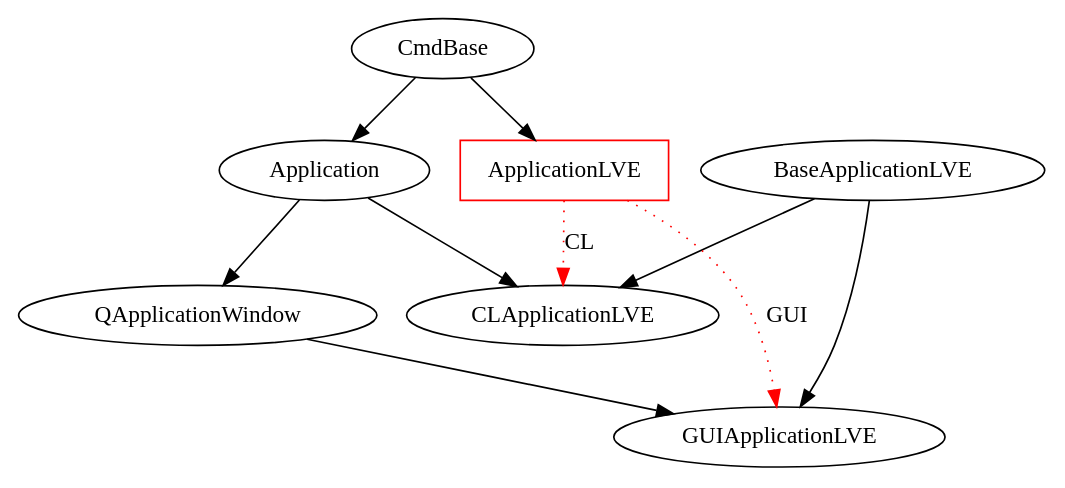
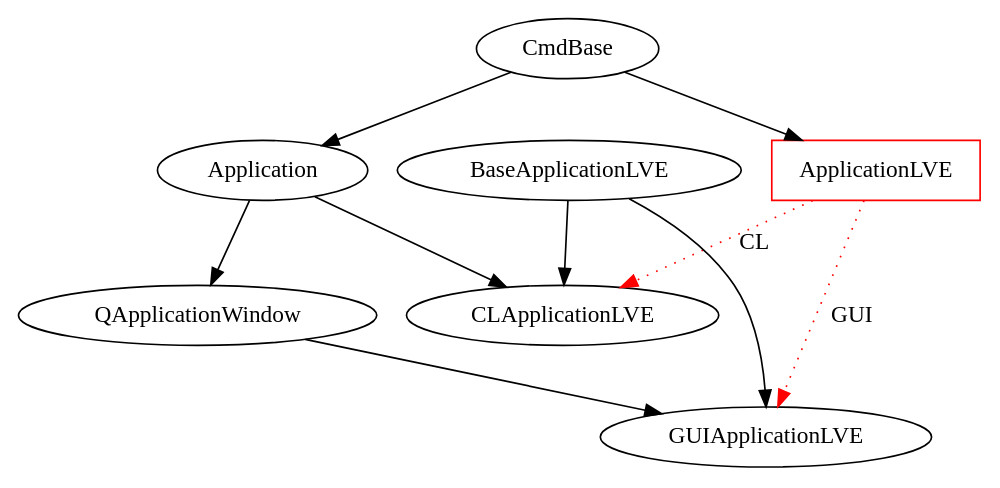
Before and after one commit to jorge-ramirez-upm/RepTate: the second of 7 diagrams in docs/source/developers/callgraphGUI.rst, drawn with Graphviz. The commit also changed other lines of this file and 3 other files, not shown here.

Commit message:
Better class diagrams. Some links in the diagrams work

```diff
--- a/docs/source/developers/callgraphGUI.rst
+++ b/docs/source/developers/callgraphGUI.rst
@@ -47,14 +47,20 @@
 .. graphviz::
 
    digraph foo {
+      "CmdBase" [href="../developers/CodeCoreCL.html#cmdbase", target="_top"]
+      "Application" [href="../developers/CodeCoreCL.html#application", target="_top"]
+      "QApplicationWindow" [href="../developers/CodeCoreGUI.html#qapplicationwindow", target="_top"]
+      "ApplicationLVE" [href="../developers/CodeApplications.html#RepTate.applications.ApplicationLVE.ApplicationLVE", target="_top", shape=box,color=red]
+	  "BaseApplicationLVE" [href="../developers/CodeApplications.html#RepTate.applications.ApplicationLVE.BaseApplicationLVE", target="_top"]
+	  "CLApplicationLVE" [href="../developers/CodeApplications.html#RepTate.applications.ApplicationLVE.CLApplicationLVE", target="_top"]
+	  "GUIApplicationLVE" [href="../developers/CodeApplications.html#RepTate.applications.ApplicationLVE.GUIApplicationLVE", target="_top"]
       "CmdBase" -> "Application";
       "Application" -> "QApplicationWindow";
       "QApplicationWindow" -> "GUIApplicationLVE";
       "Application" -> "CLApplicationLVE";
       "BaseApplicationLVE" -> "GUIApplicationLVE";
       "BaseApplicationLVE" -> "CLApplicationLVE";
-      "ApplicationLVE" [shape=box,color=red];
       "CmdBase" -> "ApplicationLVE"
       "ApplicationLVE" -> "CLApplicationLVE" [style=dotted, label="CL", color=red];
       "ApplicationLVE" -> "GUIApplicationLVE" [style=dotted, label="GUI", color=red];
    }
```
